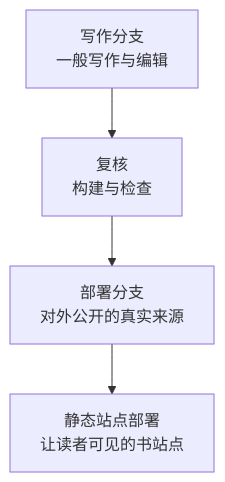
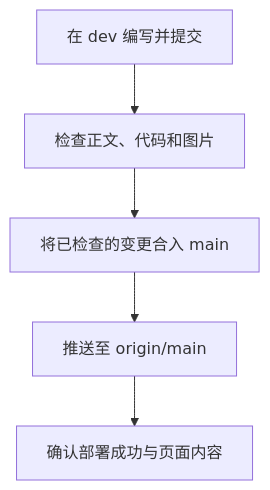
The diagram in docs/assets/part-02/chapter-14/branch-review-deploy-flow-zh.mmd (devchan64/AiBook), drawn with Mermaid before and after one commit. The commit also changed 16 other files, not shown here.

```diff
--- a/docs/assets/part-02/chapter-14/branch-review-deploy-flow-zh.mmd
+++ b/docs/assets/part-02/chapter-14/branch-review-deploy-flow-zh.mmd
@@ -1,7 +1,8 @@
 flowchart TD
-  A["写作分支<br/>一般写作与编辑"]
-  B["复核<br/>构建与检查"]
-  C["部署分支<br/>对外公开的真实来源"]
-  D["静态站点部署<br/>让读者可见的书站点"]
+  A["在 dev 编写并提交"]
+  B["检查正文、代码和图片"]
+  C["将已检查的变更合入 main"]
+  D["推送至 origin/main"]
+  E["确认部署成功与页面内容"]
 
-  A --> B --> C --> D
+  A --> B --> C --> D --> E
```
